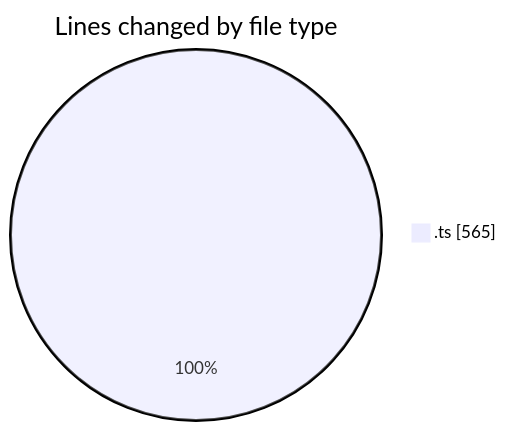
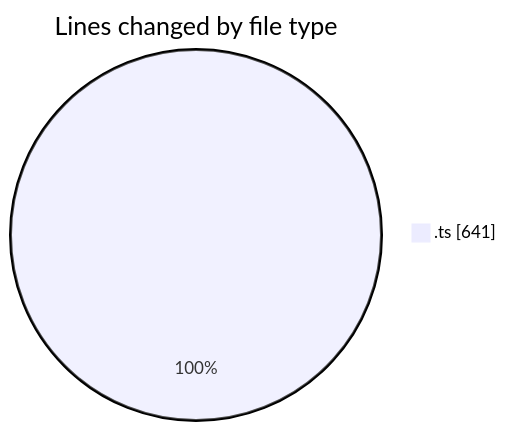
Before and after one commit to momahboobian/code-tracking: the first of 2 diagrams in 2025-06-26/cda/README.md, drawn with Mermaid. The commit also changed other lines of this file and 1 other file, not shown here.

````diff
--- a/2025-06-26/cda/README.md
+++ b/2025-06-26/cda/README.md
@@ -20,5 +20,5 @@
 ```mermaid
 pie showData
 title Lines changed by file type
-".ts" : 565
+".ts" : 641
 ```
````
